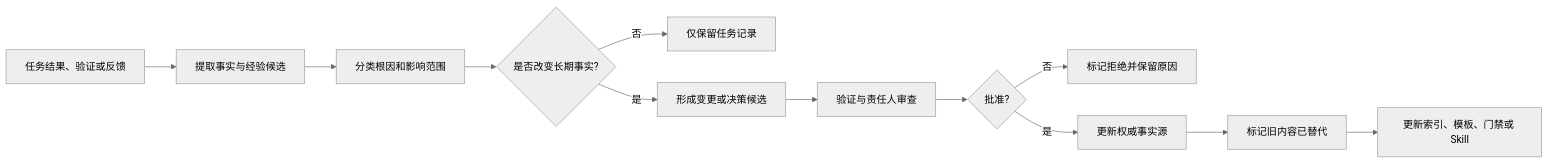
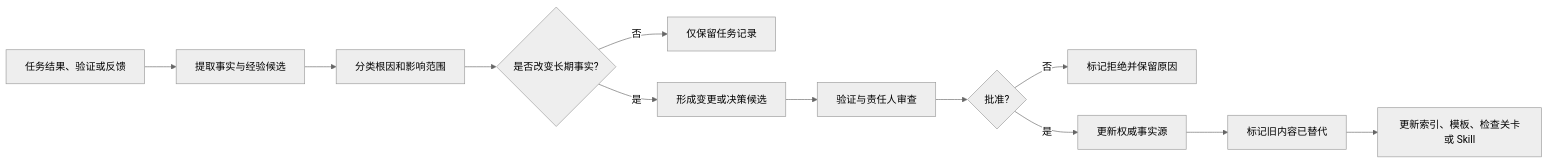
Before and after one commit to zhidao-studio/ai-product-engineering-framework: the diagram in 04_Context工程/决策与经验回写规范.md, drawn with Mermaid (neutral theme). The commit also changed other lines of this file, not shown here.

````diff
--- a/04_Context工程/决策与经验回写规范.md
+++ b/04_Context工程/决策与经验回写规范.md
@@ -27,14 +29,14 @@
 ```mermaid
 flowchart LR
     A[任务结果、验证或反馈] --> B[提取事实与经验候选]
     B --> C[分类根因和影响范围]
     C --> D{是否改变长期事实?}
     D -->|否| E[仅保留任务记录]
     D -->|是| F[形成变更或决策候选]
     F --> G[验证与责任人审查]
     G --> H{批准?}
     H -->|否| I[标记拒绝并保留原因]
     H -->|是| J[更新权威事实源]
     J --> K[标记旧内容已替代]
-    K --> L[更新索引、模板、门禁或 Skill]
+    K --> L[更新索引、模板、检查关卡或 Skill]
 ```
````
